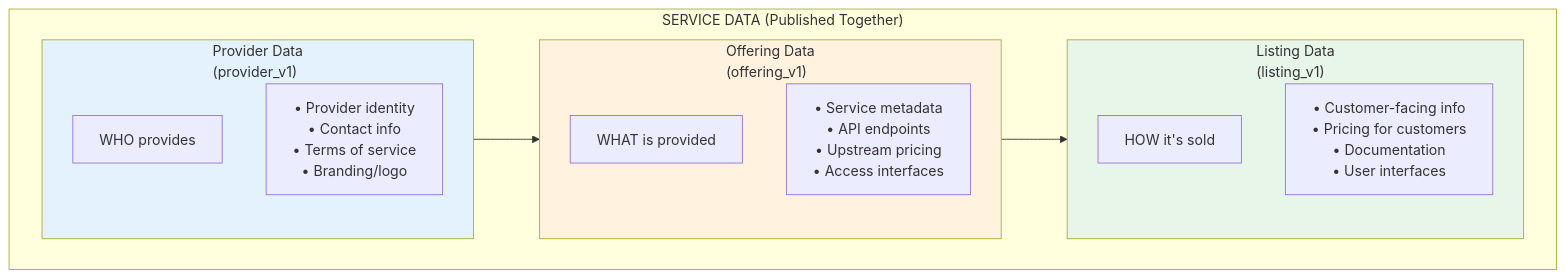
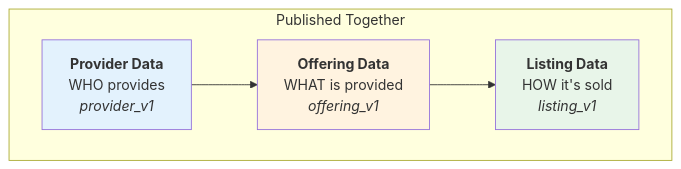
Before and after one commit to unitysvc/unitysvc-services: the diagram in README.md, drawn with Mermaid. The commit also changed 3 other files, not shown here.

Commit message:
simplify service data model diagrams to vertical layout

````diff
--- a/README.md
+++ b/README.md
@@ -56,24 +56,14 @@
 ```mermaid
-flowchart LR
-    subgraph Service["SERVICE DATA (Published Together)"]
-        direction LR
-        subgraph Provider["Provider Data<br/>(provider_v1)"]
-            P1["WHO provides"]
-            P2["• Provider identity<br/>• Contact info<br/>• Terms of service<br/>• Branding/logo"]
-        end
-        subgraph Offering["Offering Data<br/>(offering_v1)"]
-            O1["WHAT is provided"]
-            O2["• Service metadata<br/>• API endpoints<br/>• Upstream pricing<br/>• Access interfaces"]
-        end
-        subgraph Listing["Listing Data<br/>(listing_v1)"]
-            L1["HOW it's sold"]
-            L2["• Customer-facing info<br/>• Pricing for customers<br/>• Documentation<br/>• User interfaces"]
-        end
+flowchart TB
+    subgraph Service["Published Together"]
+        P["<b>Provider Data</b><br/>WHO provides<br/><i>provider_v1</i>"]
+        O["<b>Offering Data</b><br/>WHAT is provided<br/><i>offering_v1</i>"]
+        L["<b>Listing Data</b><br/>HOW it's sold<br/><i>listing_v1</i>"]
     end
 
-    Provider --> Offering --> Listing
+    P --> O --> L
 
-    style Provider fill:#e3f2fd
-    style Offering fill:#fff3e0
-    style Listing fill:#e8f5e9
+    style P fill:#e3f2fd
+    style O fill:#fff3e0
+    style L fill:#e8f5e9
 ```
````
